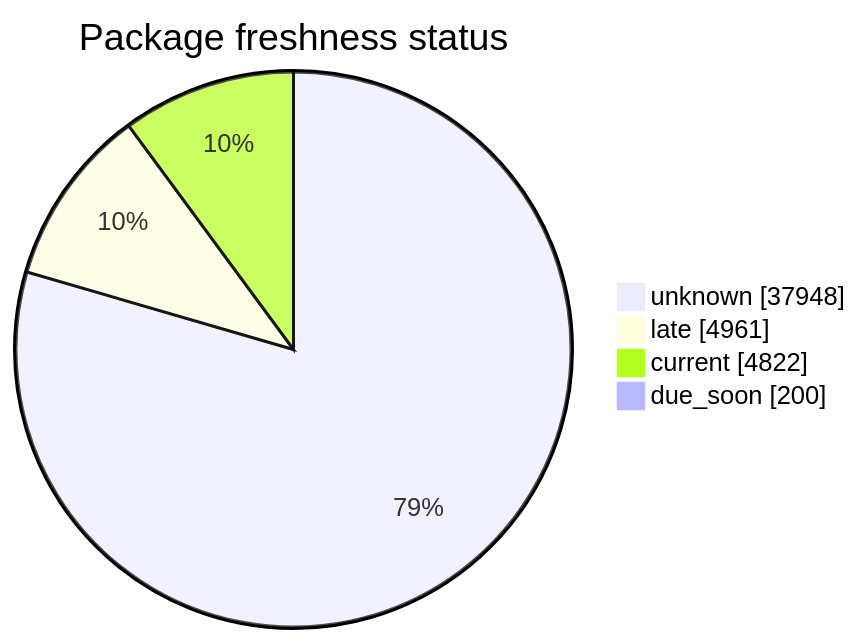
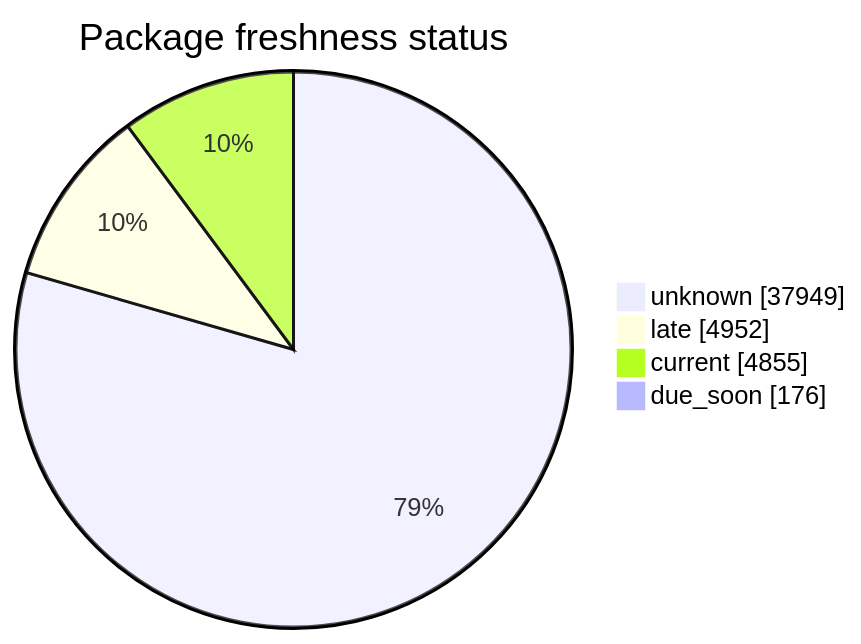
Before and after one commit to open-data/analytics-corporate-reporting: the second of 5 diagrams in FreshCheck/README.md, drawn with Mermaid. The commit also changed other lines of this file and 3 other files, not shown here.

````diff
--- a/FreshCheck/README.md
+++ b/FreshCheck/README.md
@@ -68,7 +68,7 @@
 ```mermaid
 pie showData title Package freshness status
-    "unknown": 37948
-    "late": 4961
-    "current": 4822
-    "due_soon": 200
+    "unknown": 37949
+    "late": 4952
+    "current": 4855
+    "due_soon": 176
 ```
````
